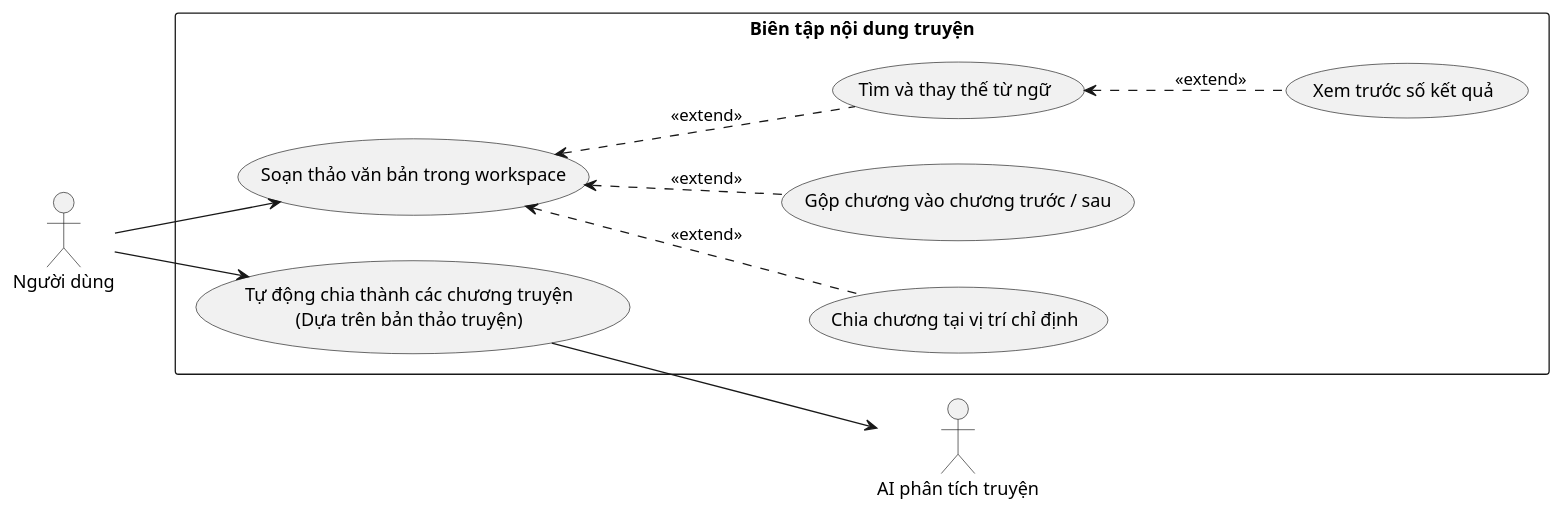
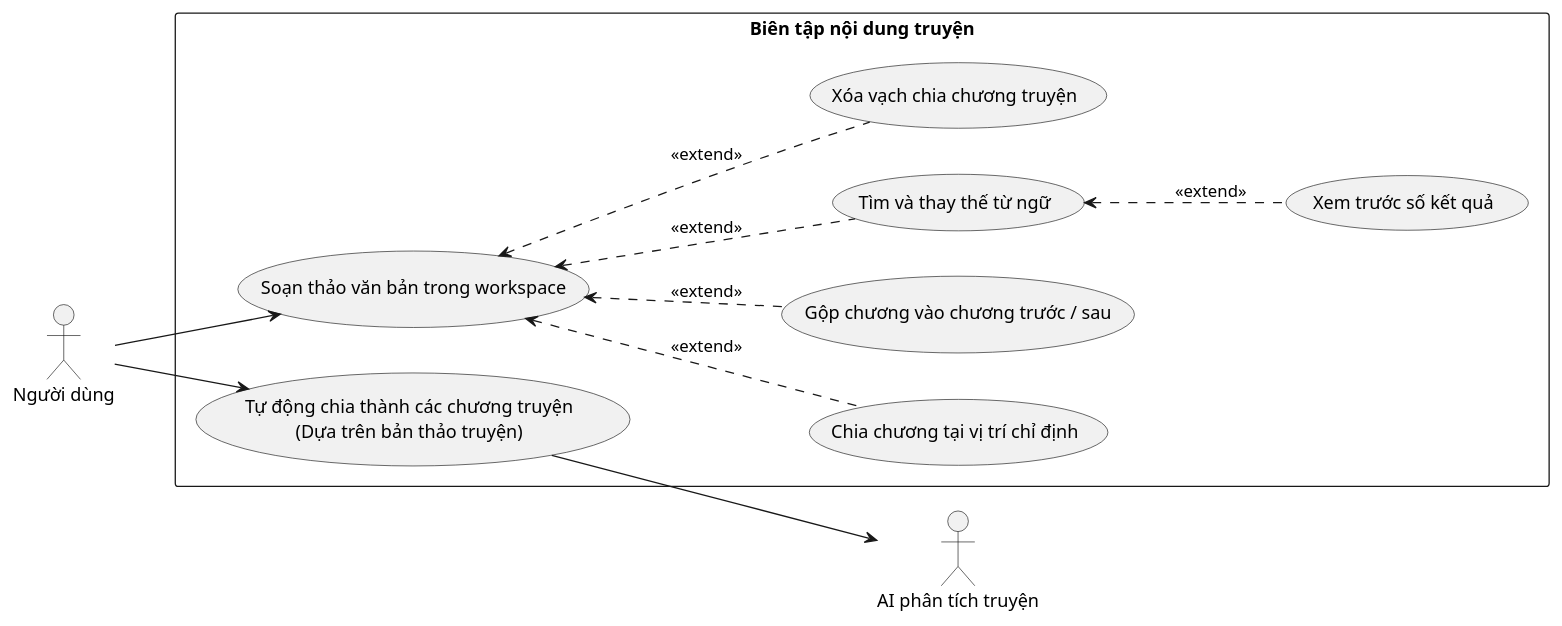
One commit to 202416852-anhpv/story2video-docs changed the diagram in docs/bieu-do-uc/bieu-do-uc-chi-tiet/viet-anh/bien-tap-noi-dung-truyen.puml. Above: the diagram before and after it, drawn with PlantUML. The commit also changed 4 other files, not shown here.

```diff
--- a/docs/bieu-do-uc/bieu-do-uc-chi-tiet/viet-anh/bien-tap-noi-dung-truyen.puml
+++ b/docs/bieu-do-uc/bieu-do-uc-chi-tiet/viet-anh/bien-tap-noi-dung-truyen.puml
@@ -1,24 +1,26 @@
 @startuml bien-tap-noi-dung-truyen
 left to right direction
 
 actor "Người dùng" as User
 actor "AI phân tích truyện" as AI_LLM
 rectangle "Biên tập nội dung truyện" {
     usecase "Soạn thảo văn bản trong workspace" as UC_01
     usecase "Chia chương tại vị trí chỉ định" as UC_02
     usecase "Gộp chương vào chương trước / sau" as UC_03
     usecase "Tìm và thay thế từ ngữ" as UC_04
     usecase "Xem trước số kết quả" as UC_05
     usecase "Tự động chia thành các chương truyện\n(Dựa trên bản thảo truyện)" as UC_06
+    usecase "Xóa vạch chia chương truyện" as UC_07
 }
 
 User --> UC_01
 User --> UC_06
 UC_06 --> AI_LLM
 
 UC_01 <.. UC_02 : <<extend>>
 UC_01 <.. UC_03 : <<extend>>
 UC_01 <.. UC_04 : <<extend>>
+UC_01 <.. UC_07 : <<extend>>
 UC_04 <.. UC_05 : <<extend>>
 
 @enduml
```
